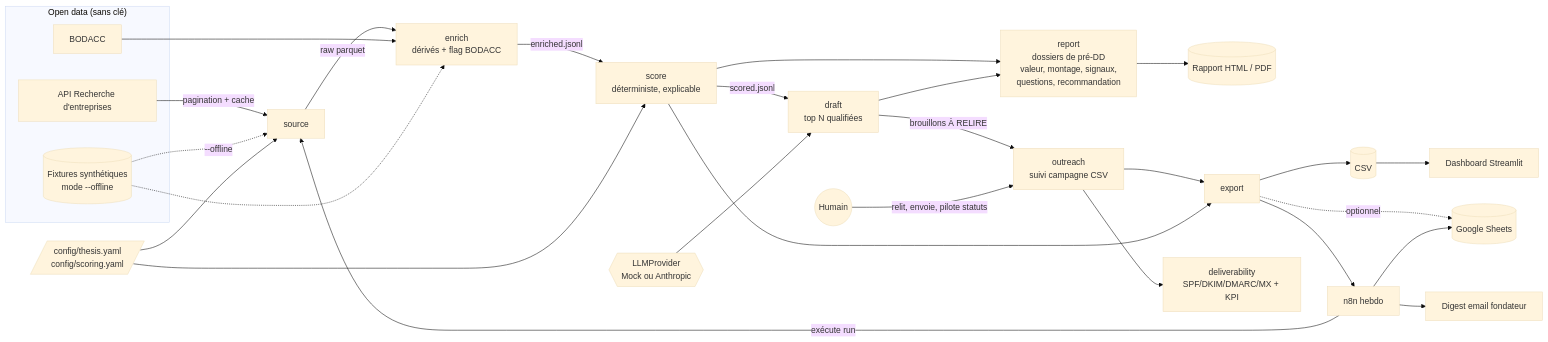
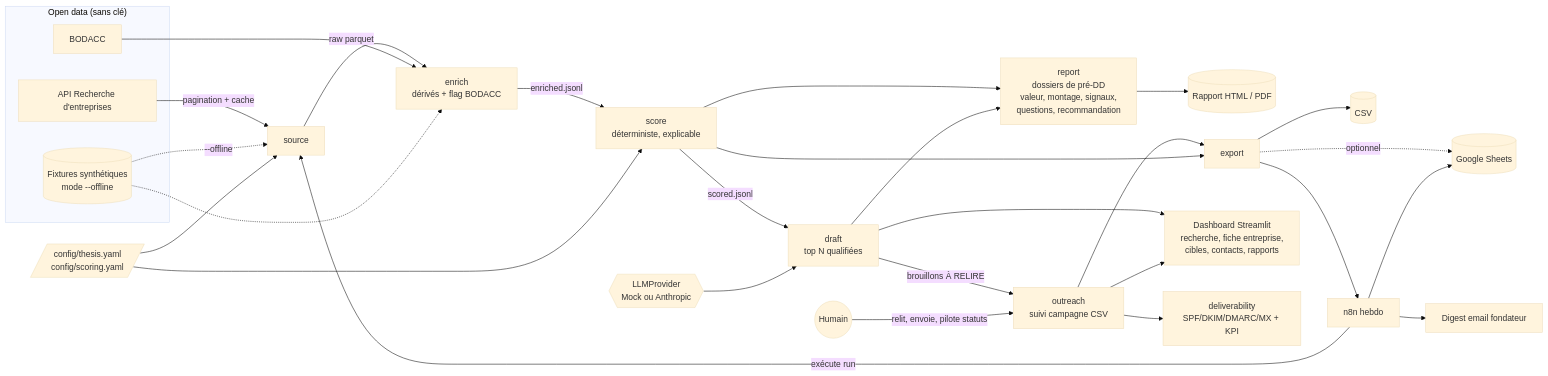
Before and after one commit to Mateo-MoralesLeGuillou/pme-radar: the diagram in docs/architecture.md, drawn with Mermaid (base theme). The commit also changed 19 other files, not shown here.

````diff
--- a/docs/architecture.md
+++ b/docs/architecture.md
@@ -3,34 +3,35 @@
 ```mermaid
 flowchart LR
     subgraph Sources["Open data (sans clé)"]
         RE[API Recherche d'entreprises]
         BO[BODACC]
         FX[(Fixtures synthétiques<br/>mode --offline)]
     end
     CFG[/config/thesis.yaml<br/>config/scoring.yaml/]
     RE -->|pagination + cache| S[source]
     FX -.->|--offline| S
     CFG --> S
     S -->|raw parquet| E[enrich<br/>dérivés + flag BODACC]
     BO --> E
     FX -.-> E
     E -->|enriched.jsonl| SC[score<br/>déterministe, explicable]
     CFG --> SC
     SC -->|scored.jsonl| D[draft<br/>top N qualifiées]
     LLM{{LLMProvider<br/>Mock ou Anthropic}} --> D
     D -->|brouillons À RELIRE| O[outreach<br/>suivi campagne CSV]
     SC --> RP[report<br/>dossiers de pré-DD<br/>valeur, montage, signaux,<br/>questions, recommandation]
     D --> RP
     RP --> HTML[(Rapport HTML / PDF)]
     O --> X[export]
     SC --> X
     X --> CSV[(CSV)]
     X -.->|optionnel| GS[(Google Sheets)]
-    CSV --> DB[Dashboard Streamlit]
+    D --> DB[Dashboard Streamlit<br/>recherche, fiche entreprise,<br/>cibles, contacts, rapports]
+    O --> DB
     O --> DL[deliverability<br/>SPF/DKIM/DMARC/MX + KPI]
     N8N[n8n hebdo] -->|exécute run| S
     X --> N8N
     N8N --> GS
     N8N --> DG[Digest email fondateur]
     H((Humain)) -->|relit, envoie, pilote statuts| O
 ```
````
